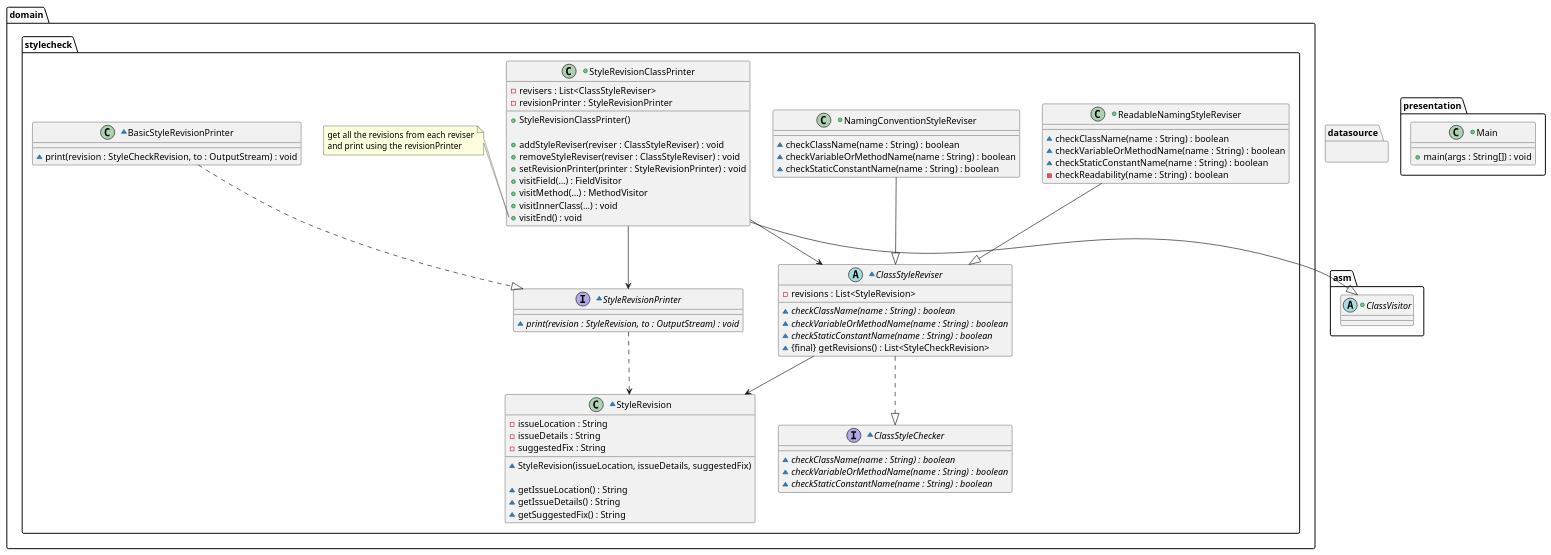
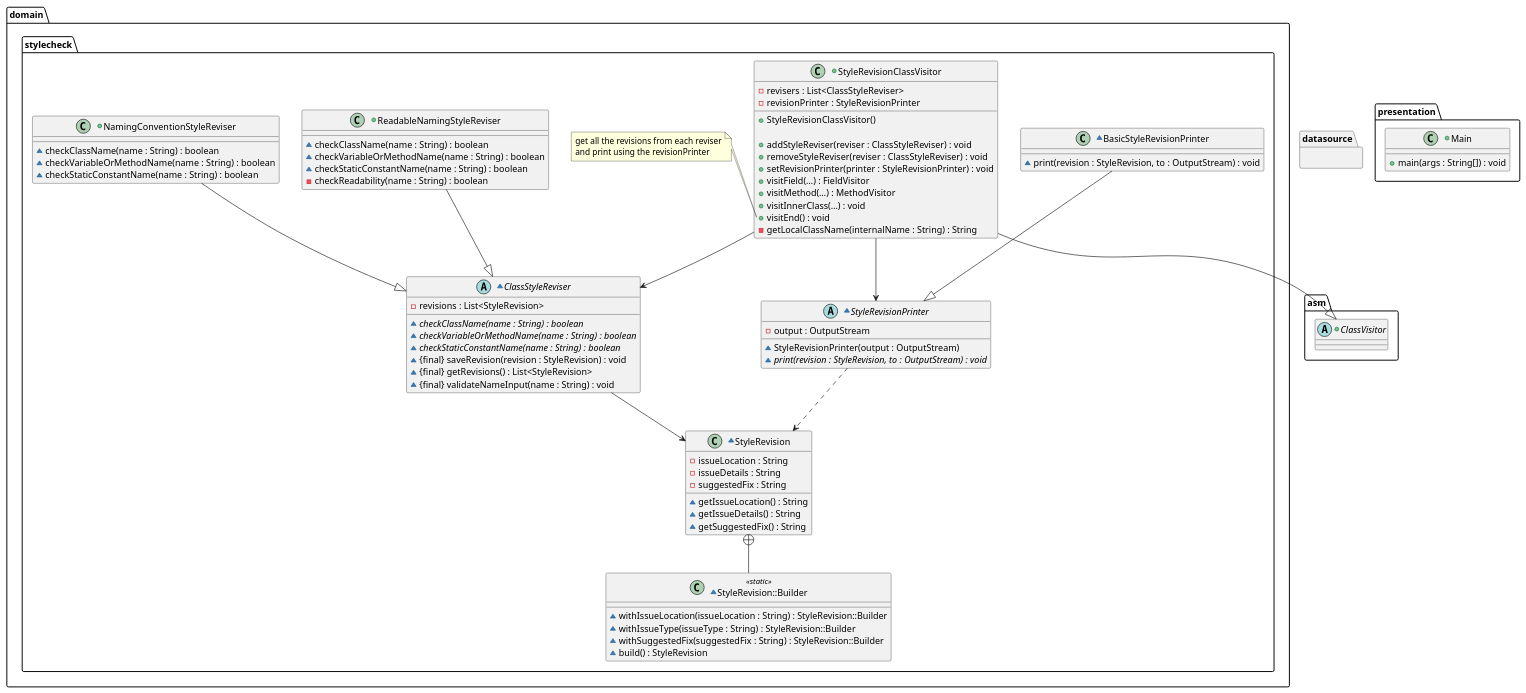
Before and after one commit to nu-cs-sw-design/project-20252601-xk-final: the diagram in docs/design/design.puml, drawn with PlantUML.

Commit message:
Updated design doc for implemented stylecheck package

```diff
--- a/docs/design/design.puml
+++ b/docs/design/design.puml
@@ -1,112 +1,117 @@
 @startuml
 package presentation
 {
     +class Main
     {
         +main(args : String[]) : void
     }
 }
 
 package domain
 {
     package stylecheck
     {
-        +class StyleRevisionClassPrinter
+        +class StyleRevisionClassVisitor
         {
             -revisers : List<ClassStyleReviser>
             -revisionPrinter : StyleRevisionPrinter
 
-            +StyleRevisionClassPrinter()
+            +StyleRevisionClassVisitor()
 
             +addStyleReviser(reviser : ClassStyleReviser) : void
             +removeStyleReviser(reviser : ClassStyleReviser) : void
             +setRevisionPrinter(printer : StyleRevisionPrinter) : void
             +visitField(…) : FieldVisitor
             +visitMethod(…) : MethodVisitor
             +visitInnerClass(…) : void
             +visitEnd() : void
+            -getLocalClassName(internalName : String) : String
         }
-        note left of StyleRevisionClassPrinter::visitEnd
+        note left of StyleRevisionClassVisitor::visitEnd
           get all the revisions from each reviser
           and print using the revisionPrinter
         end note
-
-        ~interface ClassStyleChecker
-        {
-            ~{abstract} checkClassName(name : String) : boolean
-            ~{abstract} checkVariableOrMethodName(name : String) : boolean
-            ~{abstract} checkStaticConstantName(name : String) : boolean
-        }
 
         ~abstract class ClassStyleReviser
         {
             -revisions : List<StyleRevision>
 
             ~{abstract} checkClassName(name : String) : boolean
             ~{abstract} checkVariableOrMethodName(name : String) : boolean
             ~{abstract} checkStaticConstantName(name : String) : boolean
-            ~{final} getRevisions() : List<StyleCheckRevision>
+            ~{final} saveRevision(revision : StyleRevision) : void
+            ~{final} getRevisions() : List<StyleRevision>
+            ~{final} validateNameInput(name : String) : void
         }
 
         +class NamingConventionStyleReviser
         {
             ~checkClassName(name : String) : boolean
             ~checkVariableOrMethodName(name : String) : boolean
             ~checkStaticConstantName(name : String) : boolean
         }
 
         +class ReadableNamingStyleReviser
         {
             ~checkClassName(name : String) : boolean
             ~checkVariableOrMethodName(name : String) : boolean
             ~checkStaticConstantName(name : String) : boolean
             -checkReadability(name : String) : boolean
         }
 
         ~class StyleRevision
         {
             -issueLocation : String
             -issueDetails : String
             -suggestedFix : String
 
-            ~StyleRevision(issueLocation, issueDetails, suggestedFix)
-
             ~getIssueLocation() : String
             ~getIssueDetails() : String
             ~getSuggestedFix() : String
         }
 
-        ~interface StyleRevisionPrinter
+        ~class StyleRevision::Builder <<static>>
         {
+            ~withIssueLocation(issueLocation : String) : StyleRevision::Builder
+            ~withIssueType(issueType : String) : StyleRevision::Builder
+            ~withSuggestedFix(suggestedFix : String) : StyleRevision::Builder
+            ~build() : StyleRevision
+        }
+
+        ~abstract class StyleRevisionPrinter
+        {
+            -output : OutputStream
+
+            ~StyleRevisionPrinter(output : OutputStream)
             ~{abstract} print(revision : StyleRevision, to : OutputStream) : void
         }
 
         ~class BasicStyleRevisionPrinter
         {
-            ~print(revision : StyleCheckRevision, to : OutputStream) : void
+            ~print(revision : StyleRevision, to : OutputStream) : void
         }
     }
 }
 
 package datasource
 {
 
 }
 
 package asm
 {
     +abstract class ClassVisitor
     {
     }
 }
 
-StyleRevisionClassPrinter --|> ClassVisitor
-StyleRevisionClassPrinter --> ClassStyleReviser
-StyleRevisionClassPrinter --> StyleRevisionPrinter
+StyleRevisionClassVisitor --|> ClassVisitor
+StyleRevisionClassVisitor --> ClassStyleReviser
+StyleRevisionClassVisitor --> StyleRevisionPrinter
 NamingConventionStyleReviser --|> ClassStyleReviser
 ReadableNamingStyleReviser --|> ClassStyleReviser
-ClassStyleReviser ..|> ClassStyleChecker
+StyleRevision +-- StyleRevision::Builder
 ClassStyleReviser --> StyleRevision
 StyleRevisionPrinter ..> StyleRevision
-BasicStyleRevisionPrinter ..|> StyleRevisionPrinter
+BasicStyleRevisionPrinter --|> StyleRevisionPrinter
 @enduml
```
